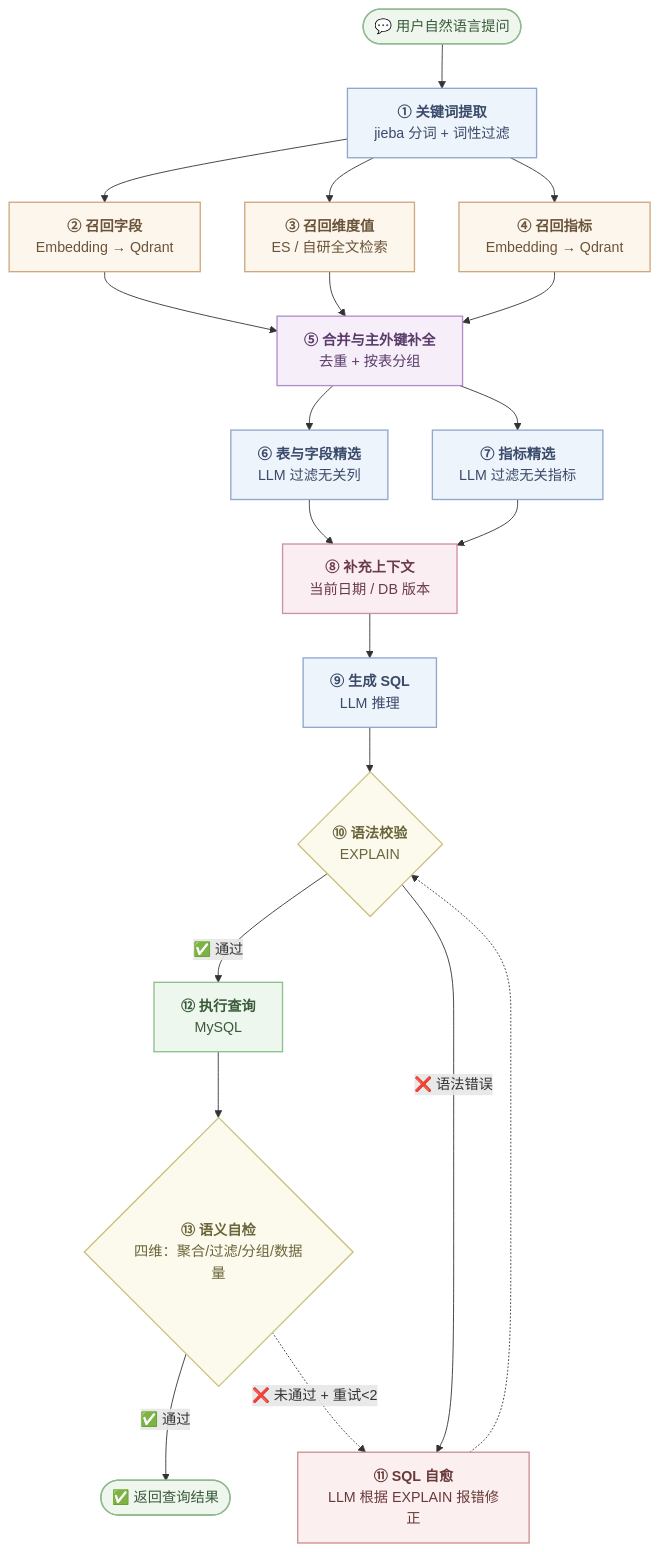
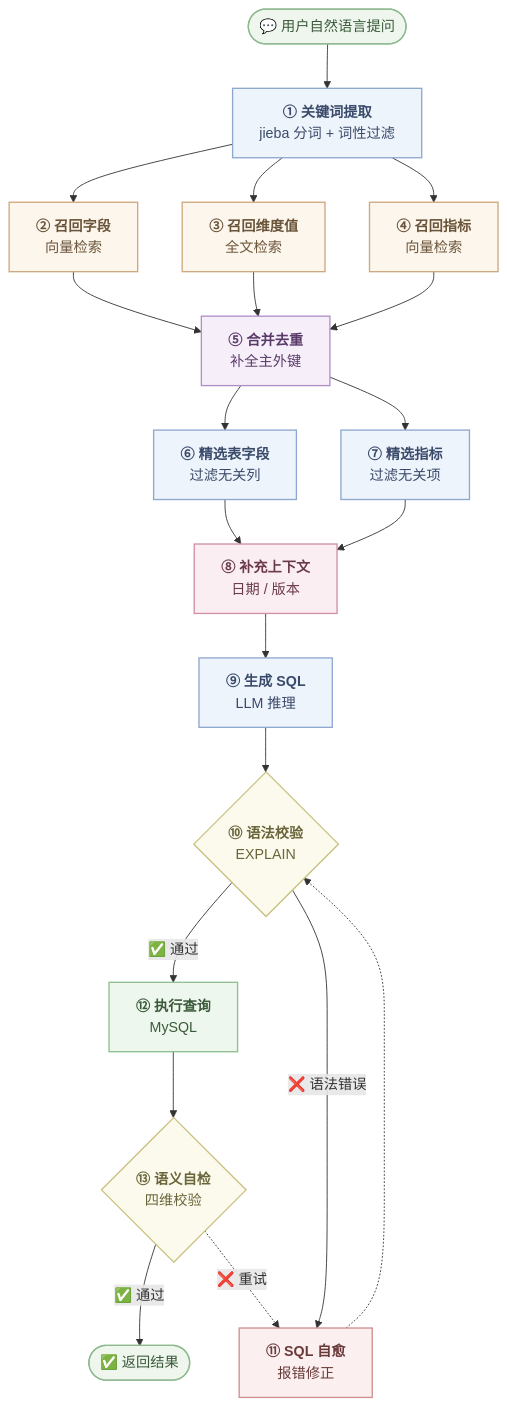
Before and after one commit to yj9407/RAG-ZhiDaFangZhou: the first of 2 diagrams in README.md, drawn with Mermaid.

Commit message:
style: 链路图节点文案等宽化，实现严格对称

````diff
--- a/README.md
+++ b/README.md
@@ -19,41 +19,41 @@
 ```mermaid
 graph TD
     START(["💬 用户自然语言提问"]):::startEnd
     START --> N1["<b>① 关键词提取</b><br/>jieba 分词 + 词性过滤"]:::llm
 
-    N1 --> N2["<b>② 召回字段</b><br/>Embedding → Qdrant"]:::search
-    N1 --> N3["<b>③ 召回维度值</b><br/>ES / 自研全文检索"]:::search
-    N1 --> N4["<b>④ 召回指标</b><br/>Embedding → Qdrant"]:::search
+    N1 --> N2["<b>② 召回字段</b><br/>向量检索"]:::search
+    N1 --> N3["<b>③ 召回维度值</b><br/>全文检索"]:::search
+    N1 --> N4["<b>④ 召回指标</b><br/>向量检索"]:::search
 
-    N2 --> N5["<b>⑤ 合并与主外键补全</b><br/>去重 + 按表分组"]:::merge
+    N2 --> N5["<b>⑤ 合并去重</b><br/>补全主外键"]:::merge
     N3 --> N5
     N4 --> N5
 
-    N5 --> N6["<b>⑥ 表与字段精选</b><br/>LLM 过滤无关列"]:::llm
-    N5 --> N7["<b>⑦ 指标精选</b><br/>LLM 过滤无关指标"]:::llm
+    N5 --> N6["<b>⑥ 精选表字段</b><br/>过滤无关列"]:::llm
+    N5 --> N7["<b>⑦ 精选指标</b><br/>过滤无关项"]:::llm
 
-    N6 --> N8["<b>⑧ 补充上下文</b><br/>当前日期 / DB 版本"]:::ctx
+    N6 --> N8["<b>⑧ 补充上下文</b><br/>日期 / 版本"]:::ctx
     N7 --> N8
 
     N8 --> N9["<b>⑨ 生成 SQL</b><br/>LLM 推理"]:::llm
 
     N9 --> N10{"<b>⑩ 语法校验</b><br/>EXPLAIN"}:::decision
 
     N10 -->|"✅ 通过"| N12["<b>⑫ 执行查询</b><br/>MySQL"]:::exec
-    N10 -->|"❌ 语法错误"| N11["<b>⑪ SQL 自愈</b><br/>LLM 根据 EXPLAIN 报错修正"]:::fix
+    N10 -->|"❌ 语法错误"| N11["<b>⑪ SQL 自愈</b><br/>报错修正"]:::fix
     N11 -.-> N10
 
-    N12 --> N13{"<b>⑬ 语义自检</b><br/>四维：聚合/过滤/分组/数据量"}:::decision
+    N12 --> N13{"<b>⑬ 语义自检</b><br/>四维校验"}:::decision
 
-    N13 -->|"✅ 通过"| END(["✅ 返回查询结果"]):::startEnd
-    N13 -.->|"❌ 未通过 + 重试&lt;2"| N11
+    N13 -->|"✅ 通过"| END(["✅ 返回结果"]):::startEnd
+    N13 -.->|"❌ 重试"| N11
 
     classDef startEnd fill:#eef6ee,stroke:#8fb98f,stroke-width:1.5px,color:#3a5a3a
     classDef llm fill:#eef4fb,stroke:#8fa8cf,stroke-width:1.5px,color:#3a4a6a
     classDef search fill:#fdf6ec,stroke:#cfa87f,stroke-width:1.5px,color:#6a543a
     classDef merge fill:#f6eff9,stroke:#b08fc9,stroke-width:1.5px,color:#5a3a6a
     classDef ctx fill:#fbeef3,stroke:#cf8fa8,stroke-width:1.5px,color:#6a3a4a
     classDef decision fill:#fbfaec,stroke:#c9c07f,stroke-width:1.5px,color:#6a653a
     classDef exec fill:#edf7ed,stroke:#8fbf8f,stroke-width:1.5px,color:#3a5a3a
     classDef fix fill:#fbefef,stroke:#cf8f8f,stroke-width:1.5px,color:#6a3a3a
 ```
````
